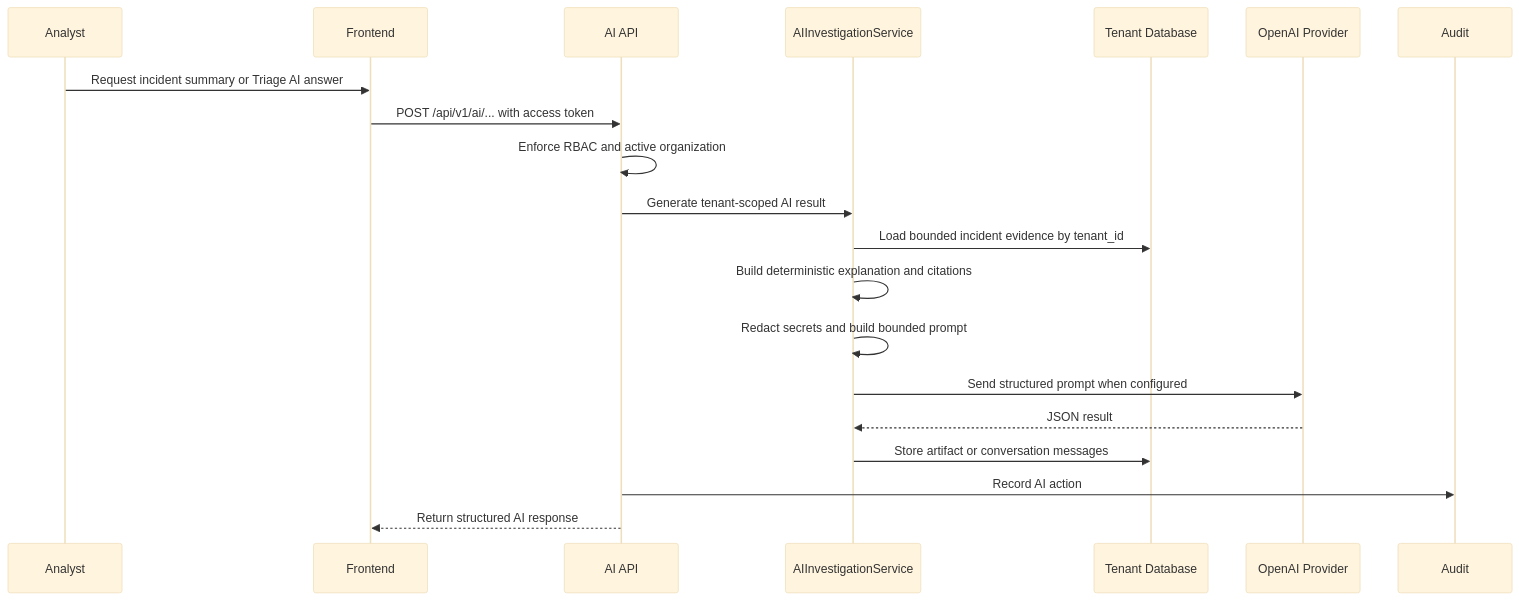
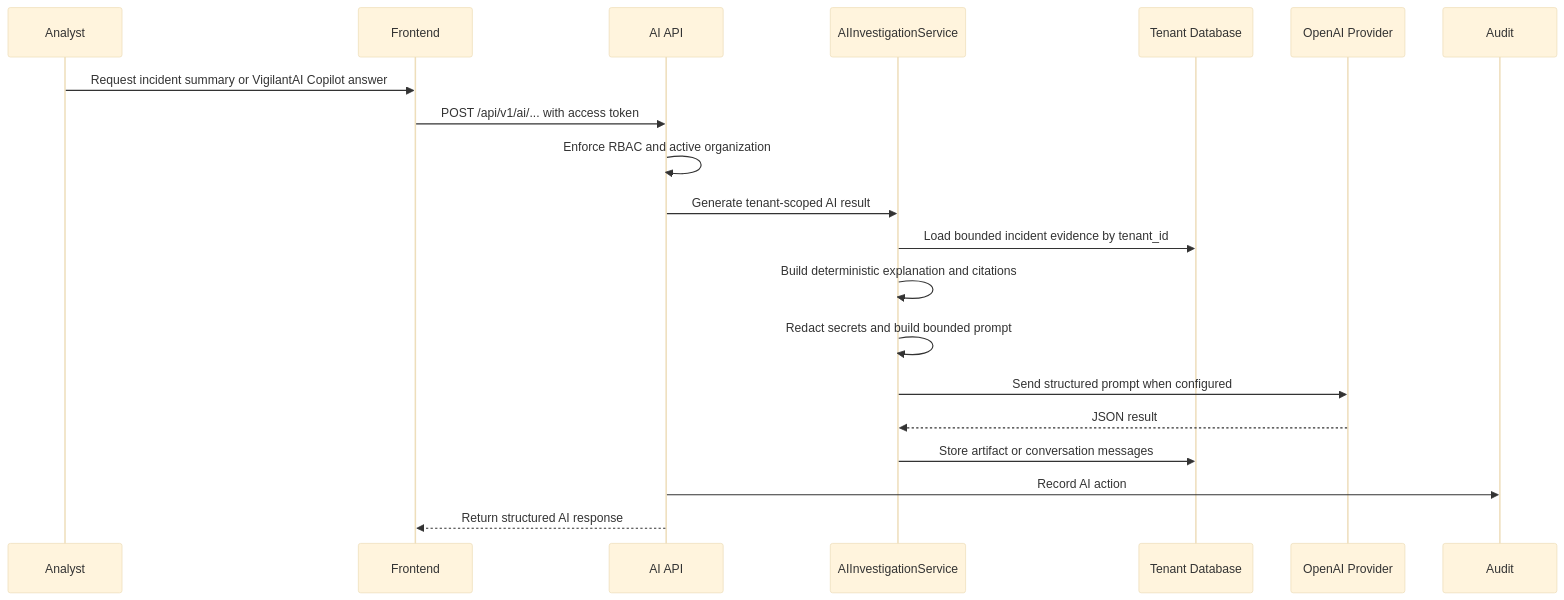
The third of 3 diagrams in ARCHITECTURE.md (ShkS44D/Socluma), drawn with Mermaid (base theme) before and after one commit. The commit also changed other lines of this file and 104 other files, not shown here.

Commit message:
Rebrand TriageOps as VigilantAI

````diff
--- a/ARCHITECTURE.md
+++ b/ARCHITECTURE.md
@@ -229,23 +229,23 @@
 ```mermaid
 sequenceDiagram
     participant Analyst
     participant Frontend
     participant API as AI API
     participant Service as AIInvestigationService
     participant DB as Tenant Database
     participant LLM as OpenAI Provider
     participant Audit
 
-    Analyst->>Frontend: Request incident summary or Triage AI answer
+    Analyst->>Frontend: Request incident summary or VigilantAI Copilot answer
     Frontend->>API: POST /api/v1/ai/... with access token
     API->>API: Enforce RBAC and active organization
     API->>Service: Generate tenant-scoped AI result
     Service->>DB: Load bounded incident evidence by tenant_id
     Service->>Service: Build deterministic explanation and citations
     Service->>Service: Redact secrets and build bounded prompt
     Service->>LLM: Send structured prompt when configured
     LLM-->>Service: JSON result
     Service->>DB: Store artifact or conversation messages
     API->>Audit: Record AI action
     API-->>Frontend: Return structured AI response
 ```
````
